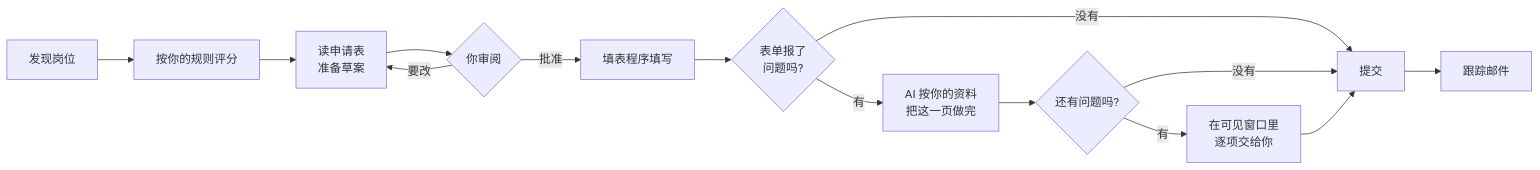
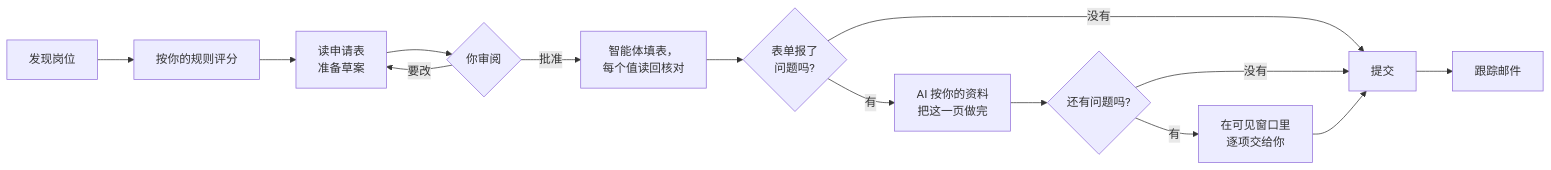
One commit to Liam-Frost/AutoApply changed the diagram in README.zh-CN.md. Above: the diagram before and after it, drawn with Mermaid. The commit also changed other lines of this file and 8 other files, not shown here.

````diff
--- a/README.zh-CN.md
+++ b/README.zh-CN.md
@@ -108,16 +108,16 @@
 ```mermaid
 flowchart LR
     A[发现岗位] --> B[按你的规则评分]
     B --> C[读申请表<br>准备草案]
     C --> D{你审阅}
     D -- 要改 --> C
-    D -- 批准 --> E[填表程序填写]
+    D -- 批准 --> E[智能体填表，<br>每个值读回核对]
     E --> F{表单报了<br>问题吗?}
     F -- 没有 --> H[提交]
     F -- 有 --> G[AI 按你的资料<br>把这一页做完]
     G --> F2{还有问题吗?}
     F2 -- 没有 --> H
     F2 -- 有 --> I[在可见窗口里<br>逐项交给你]
     I --> H
     H --> J[跟踪邮件]
 ```
````
